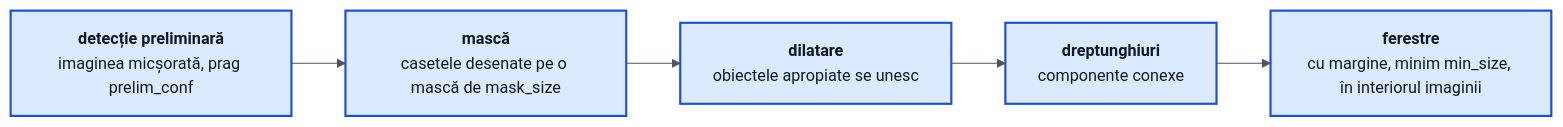
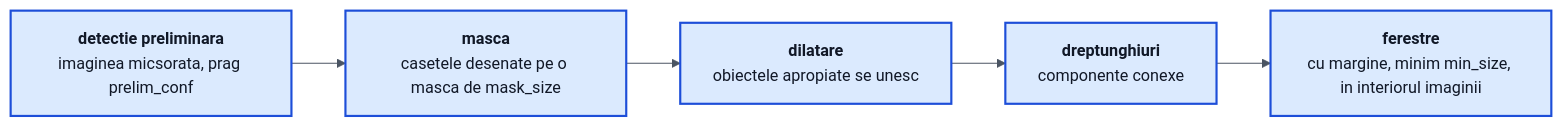
The third of 3 diagrams in docs/pipeline.md (zaha27/pi-p), drawn with Mermaid before and after one commit. The commit also changed other lines of this file and 57 other files, not shown here.

````diff
--- a/docs/pipeline.md
+++ b/docs/pipeline.md
@@ -102,17 +102,17 @@
 ```mermaid
 %%{init: {'theme':'base','themeVariables':{'fontSize':'15px','lineColor':'#4B5563'}}}%%
 flowchart LR
-    P["`**detecție preliminară**
-imaginea micșorată, prag prelim_conf`"]
-    M["`**mască**
-casetele desenate pe o mască de mask_size`"]
+    P["`**detectie preliminara**
+imaginea micsorata, prag prelim_conf`"]
+    M["`**masca**
+casetele desenate pe o masca de mask_size`"]
     D["`**dilatare**
 obiectele apropiate se unesc`"]
     R["`**dreptunghiuri**
 componente conexe`"]
     W["`**ferestre**
-cu margine, minim min_size, în interiorul imaginii`"]
+cu margine, minim min_size, in interiorul imaginii`"]
     P --> M --> D --> R --> W
     classDef var fill:#DBEAFE,stroke:#1D4ED8,stroke-width:2px,color:#111827
     class P,M,D,R,W var
 ```
````
